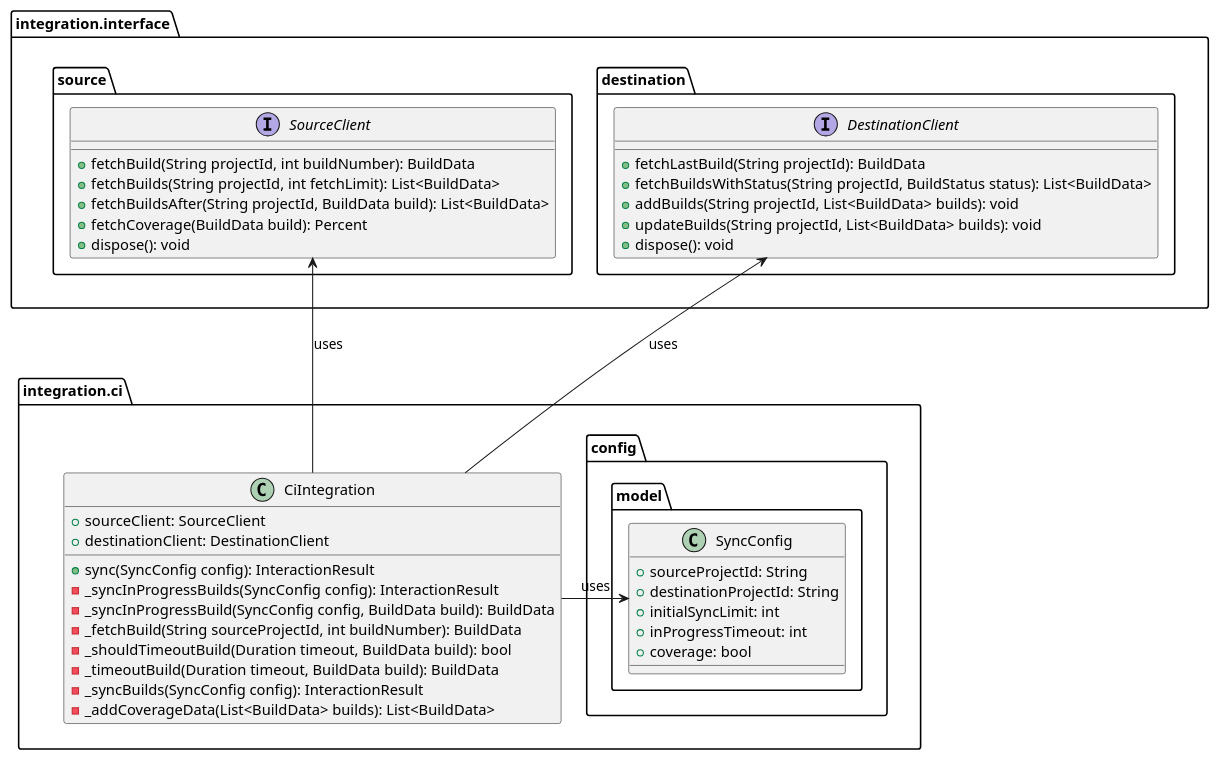
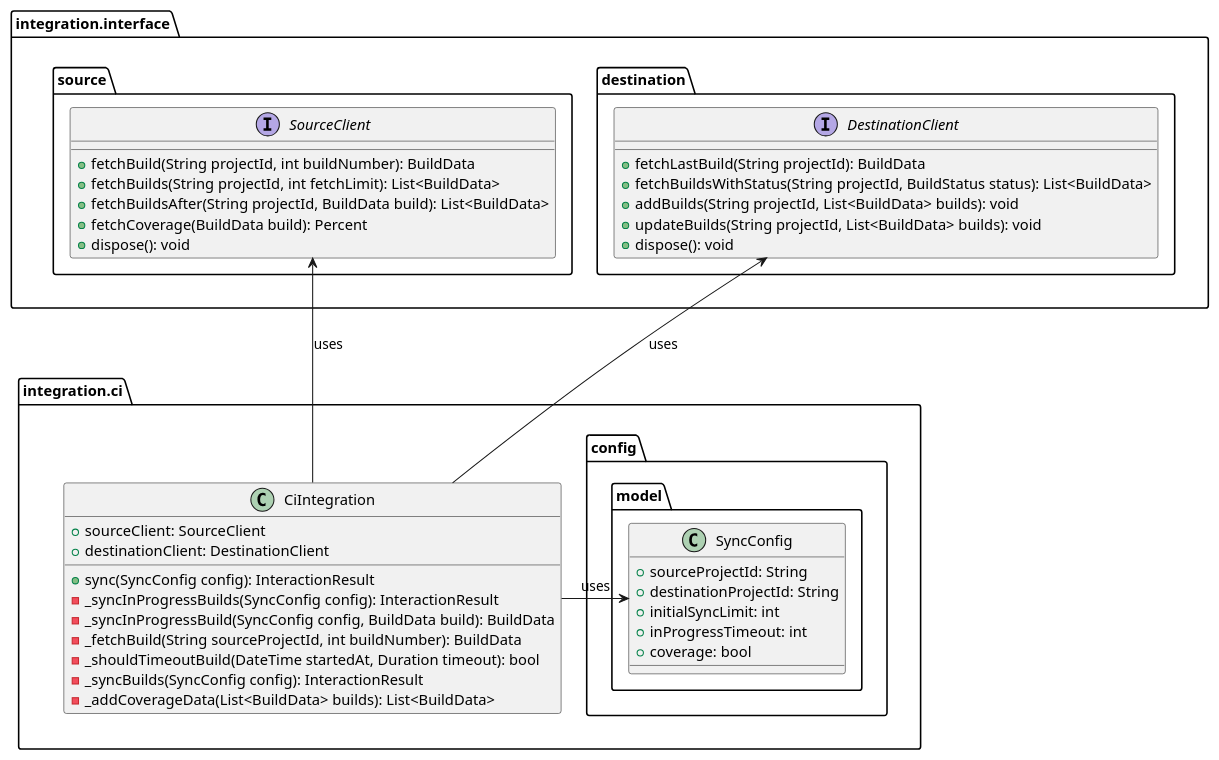
One commit to Flank/flank-dashboard changed the diagram in metrics/ci_integrations/docs/diagrams/sync_algorithm_class_diagram.puml. Above: the diagram before and after it, drawn with PlantUML.

Commit message:
fix class diagram

```diff
--- a/metrics/ci_integrations/docs/diagrams/sync_algorithm_class_diagram.puml
+++ b/metrics/ci_integrations/docs/diagrams/sync_algorithm_class_diagram.puml
@@ -1,58 +1,57 @@
 @startuml sync_algorithm_class_diagram
 'https://plantuml.com/class-diagram
 
 package integration.interface as Interface {
     package source {
         interface SourceClient {
             + fetchBuild(String projectId, int buildNumber): BuildData
             + fetchBuilds(String projectId, int fetchLimit): List<BuildData>
             + fetchBuildsAfter(String projectId, BuildData build): List<BuildData>
             + fetchCoverage(BuildData build): Percent
             + dispose(): void
         }
     }
 
     package destination {
         interface DestinationClient {
             + fetchLastBuild(String projectId): BuildData
             + fetchBuildsWithStatus(String projectId, BuildStatus status): List<BuildData>
             + addBuilds(String projectId, List<BuildData> builds): void
             + updateBuilds(String projectId, List<BuildData> builds): void
             + dispose(): void
         }
     }
 }
 
 package integration.ci as CI {
     package config.model {
         class SyncConfig {
             + sourceProjectId: String
             + destinationProjectId: String
             + initialSyncLimit: int
             + inProgressTimeout: int
             + coverage: bool
         }
     }
 
     class CiIntegration {
         + sourceClient: SourceClient
         + destinationClient: DestinationClient
         + sync(SyncConfig config): InteractionResult
         - _syncInProgressBuilds(SyncConfig config): InteractionResult
         - _syncInProgressBuild(SyncConfig config, BuildData build): BuildData
         - _fetchBuild(String sourceProjectId, int buildNumber): BuildData
-        - _shouldTimeoutBuild(Duration timeout, BuildData build): bool
-        - _timeoutBuild(Duration timeout, BuildData build): BuildData
+        - _shouldTimeoutBuild(DateTime startedAt, Duration timeout): bool
         - _syncBuilds(SyncConfig config): InteractionResult
         - _addCoverageData(List<BuildData> builds): List<BuildData>
     }
 
     CiIntegration -right-> SyncConfig: uses
 }
 
 Interface -[hidden]down-> CI
 
 CiIntegration -up-> SourceClient: uses
 CiIntegration -up-> DestinationClient: uses
 
 @enduml
```
